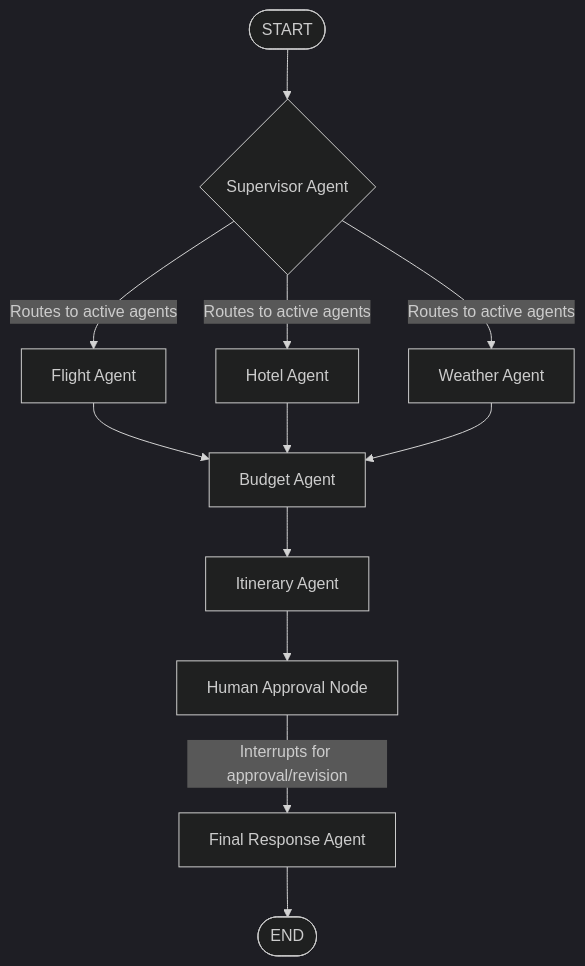
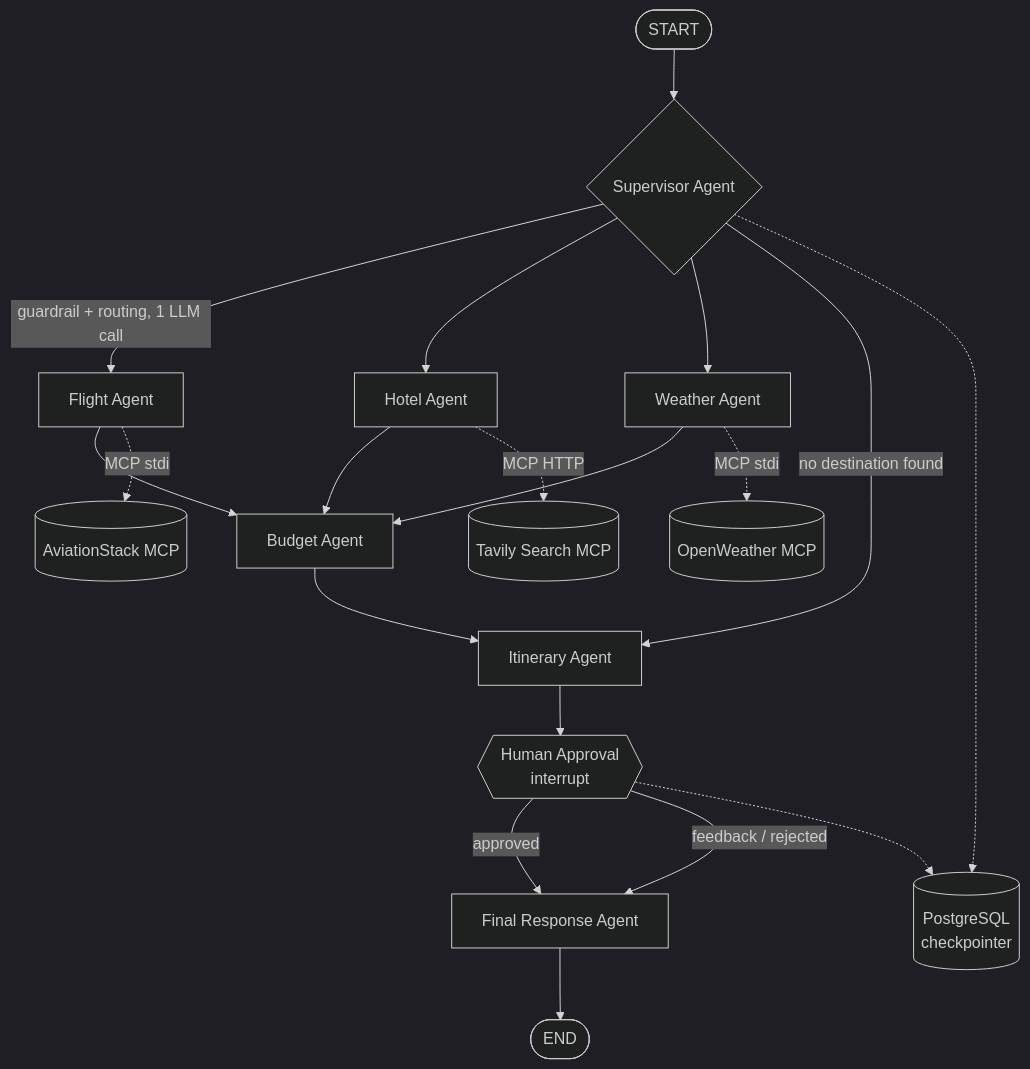
Before and after one commit to Sanil656/multi-agent-travel-planner: the diagram in README.md, drawn with Mermaid (dark theme). The commit also changed other lines of this file, not shown here.

````diff
--- a/README.md
+++ b/README.md
@@ -11,18 +41,27 @@
 ```mermaid
 graph TD
     Start([START]) --> Supervisor{Supervisor Agent}
-    
-    Supervisor -->|Routes to active agents| FlightAgent[Flight Agent]
-    Supervisor -->|Routes to active agents| HotelAgent[Hotel Agent]
-    Supervisor -->|Routes to active agents| WeatherAgent[Weather Agent]
-    
+
+    Supervisor -->|guardrail + routing, 1 LLM call| FlightAgent[Flight Agent]
+    Supervisor --> HotelAgent[Hotel Agent]
+    Supervisor --> WeatherAgent[Weather Agent]
+    Supervisor -->|no destination found| ItineraryAgent
+
     FlightAgent --> BudgetAgent[Budget Agent]
     HotelAgent --> BudgetAgent
     WeatherAgent --> BudgetAgent
-    
+
     BudgetAgent --> ItineraryAgent[Itinerary Agent]
-    ItineraryAgent --> HumanApproval[Human Approval Node]
-    
-    HumanApproval -->|Interrupts for approval/revision| FinalResponse[Final Response Agent]
+    ItineraryAgent --> HumanApproval{{Human Approval<br/>interrupt}}
+
+    HumanApproval -->|approved| FinalResponse[Final Response Agent]
+    HumanApproval -->|feedback / rejected| FinalResponse
     FinalResponse --> End([END])
+
+    FlightAgent -.MCP stdio.-> AviationStack[(AviationStack MCP)]
+    WeatherAgent -.MCP stdio.-> Weather[(OpenWeather MCP)]
+    HotelAgent -.MCP HTTP.-> Tavily[(Tavily Search MCP)]
+
+    Supervisor -.-> Postgres[(PostgreSQL<br/>checkpointer)]
+    HumanApproval -.-> Postgres
 ```
````
